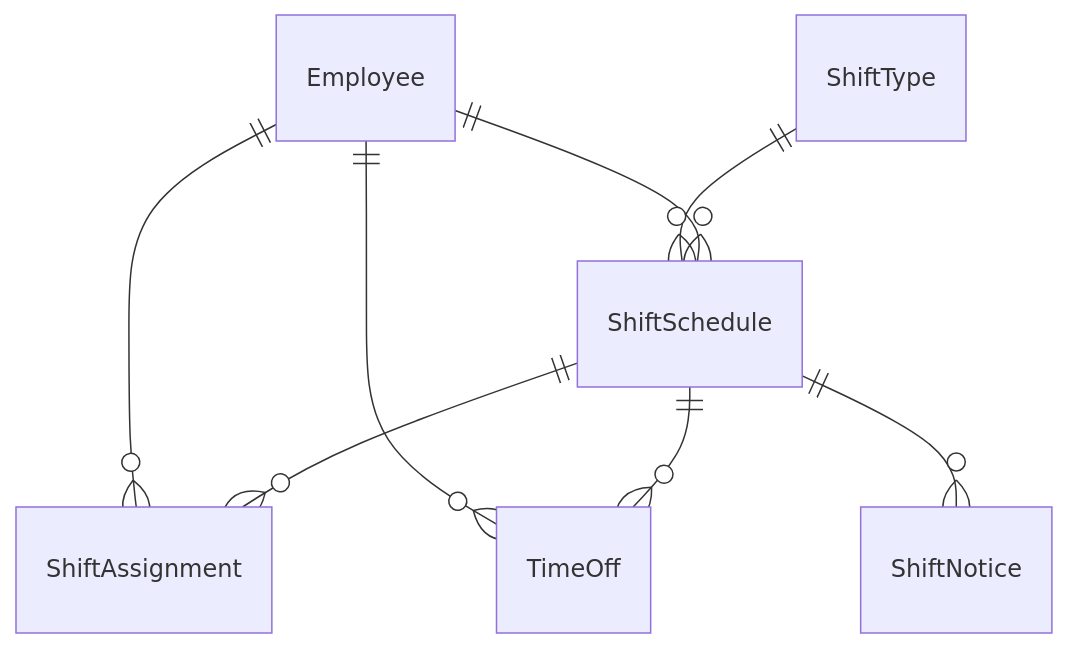
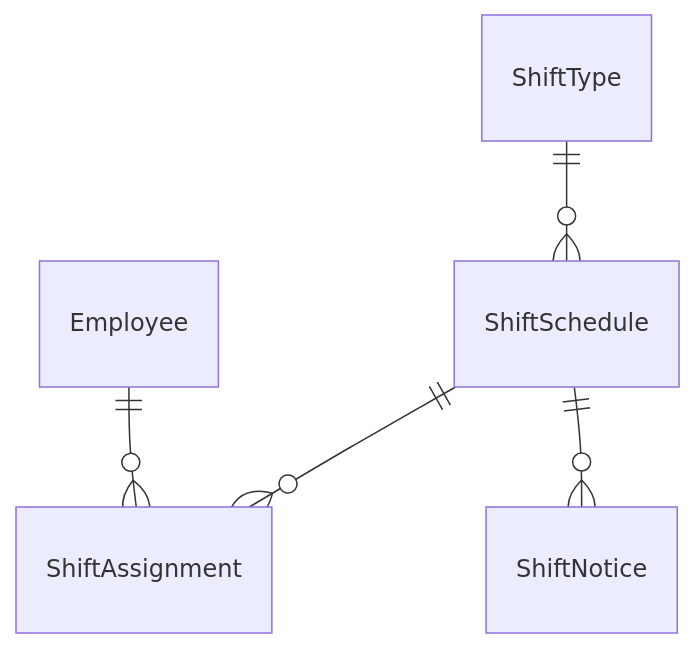
One commit to t-noda-211/shift-management changed the diagram in docs/entity-relationship-diagram.md. Above: the diagram before and after it, drawn with Mermaid. The commit also changed other lines of this file, not shown here.

````diff
--- a/docs/entity-relationship-diagram.md
+++ b/docs/entity-relationship-diagram.md
@@ -7,22 +7,18 @@
 ```mermaid
 erDiagram
     %% Employee集約
     Employee
 
     %% ShiftType集約
     ShiftType
 
     %% ShiftSchedule集約
     ShiftSchedule
     ShiftAssignment
-    TimeOff
     ShiftNotice
 
-    Employee ||--o{ ShiftSchedule : ""
     ShiftType ||--o{ ShiftSchedule : ""
     ShiftSchedule ||--o{ ShiftAssignment: ""
     Employee ||--o{ ShiftAssignment: ""
-    ShiftSchedule ||--o{ TimeOff: ""
-    Employee ||--o{ TimeOff: ""
     ShiftSchedule ||--o{ ShiftNotice: ""
 ```
````
